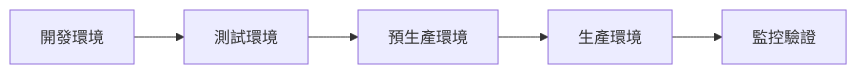
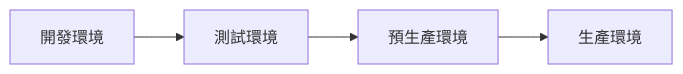
The fifth of 9 diagrams in docs/viewpoints/development/workflows/workflows-collaboration.md (humank/genai-demo), drawn with Mermaid before and after one commit. The commit also changed other lines of this file and 134 other files, not shown here.

````diff
--- a/docs/viewpoints/development/workflows/workflows-collaboration.md
+++ b/docs/viewpoints/development/workflows/workflows-collaboration.md
@@ -89,7 +336,6 @@
 ```mermaid
 graph LR
     A[開發環境] --> B[測試環境]
     B --> C[預生產環境]
     C --> D[生產環境]
-    D --> E[監控驗證]
 ```
````
